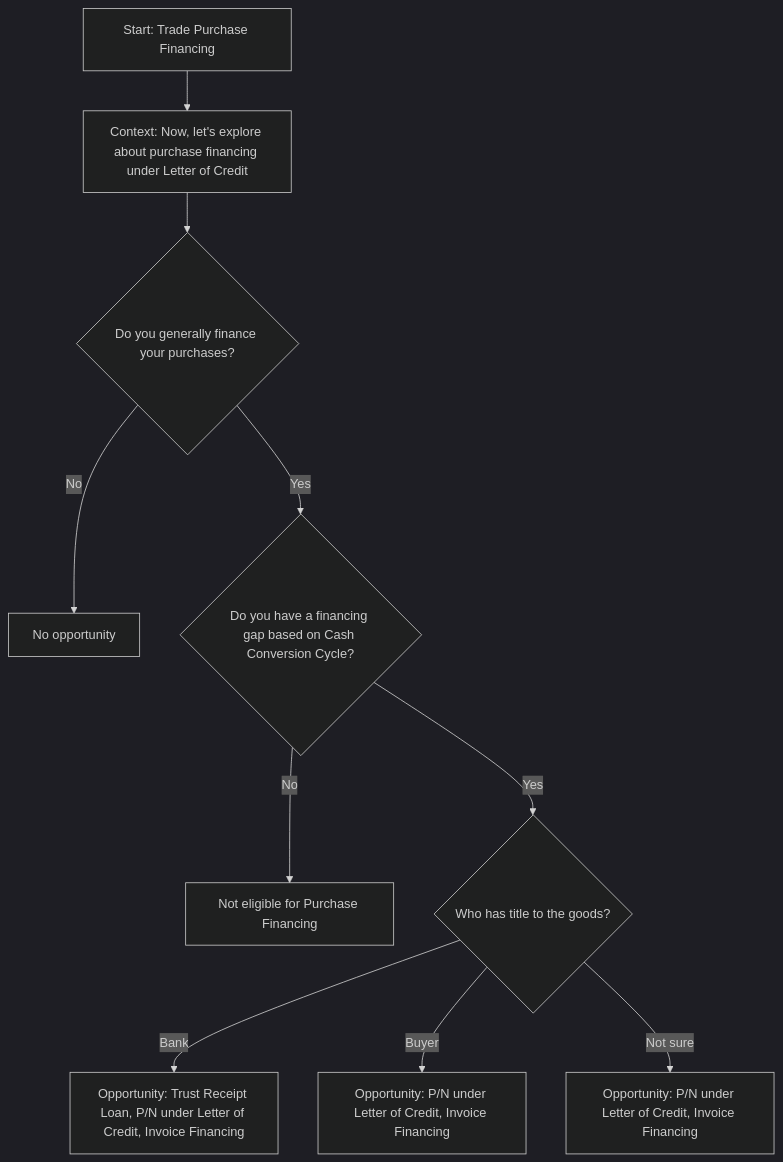
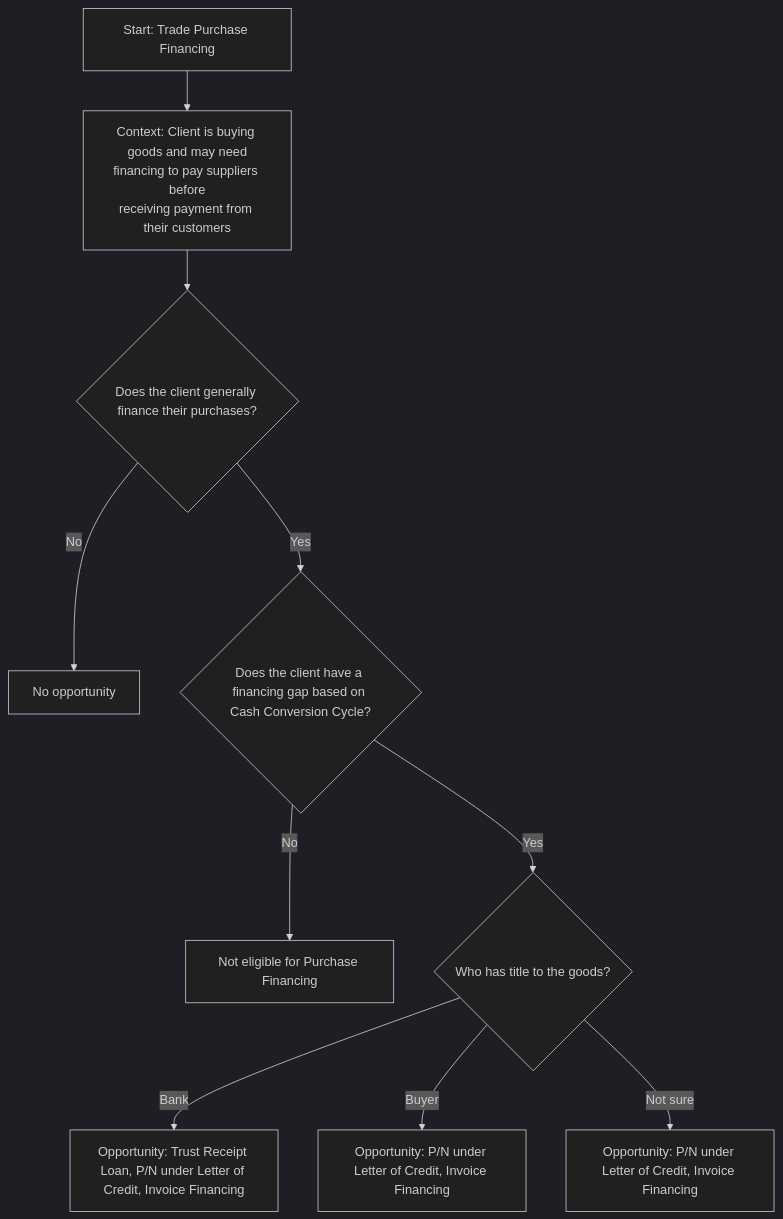
One commit to sage-develop/why changed the diagram in tvc_decision_trees/lc_decision_trees/purchase_financing_tree.md. Above: the diagram before and after it, drawn with Mermaid (dark theme). The commit also changed 1 other file, not shown here.

Commit message:
update context and overdraft old version

````diff
--- a/tvc_decision_trees/lc_decision_trees/purchase_financing_tree.md
+++ b/tvc_decision_trees/lc_decision_trees/purchase_financing_tree.md
@@ -16,14 +16,14 @@
 ```mermaid
 %% Trade Finance Purchase Financing Decision Tree
 flowchart TD
-    Start[Start: Trade Purchase Financing] --> Context[Context: Now, let's explore about purchase financing under Letter of Credit]
-    Context -->A{Do you generally finance your purchases?}
+    Start[Start: Trade Purchase Financing] --> Context[Context: Client is buying goods and may need<br>financing to pay suppliers before<br>receiving payment from their customers]
+    Context -->A{Does the client generally finance their purchases?}
     A -->|No| B[No opportunity]
-    A -->|Yes| C{Do you have a financing gap based on Cash Conversion Cycle?}
+    A -->|Yes| C{Does the client have a financing gap based on Cash Conversion Cycle?}
 
     C -->|No| D[Not eligible for Purchase Financing]
     C -->|Yes| E{Who has title to the goods?}
     E -->|Bank| F[Opportunity: Trust Receipt Loan, P/N under Letter of Credit, Invoice Financing]
     E -->|Buyer| G[Opportunity: P/N under Letter of Credit, Invoice Financing]
     E -->|Not sure| H[Opportunity: P/N under Letter of Credit, Invoice Financing]
 ```
````
